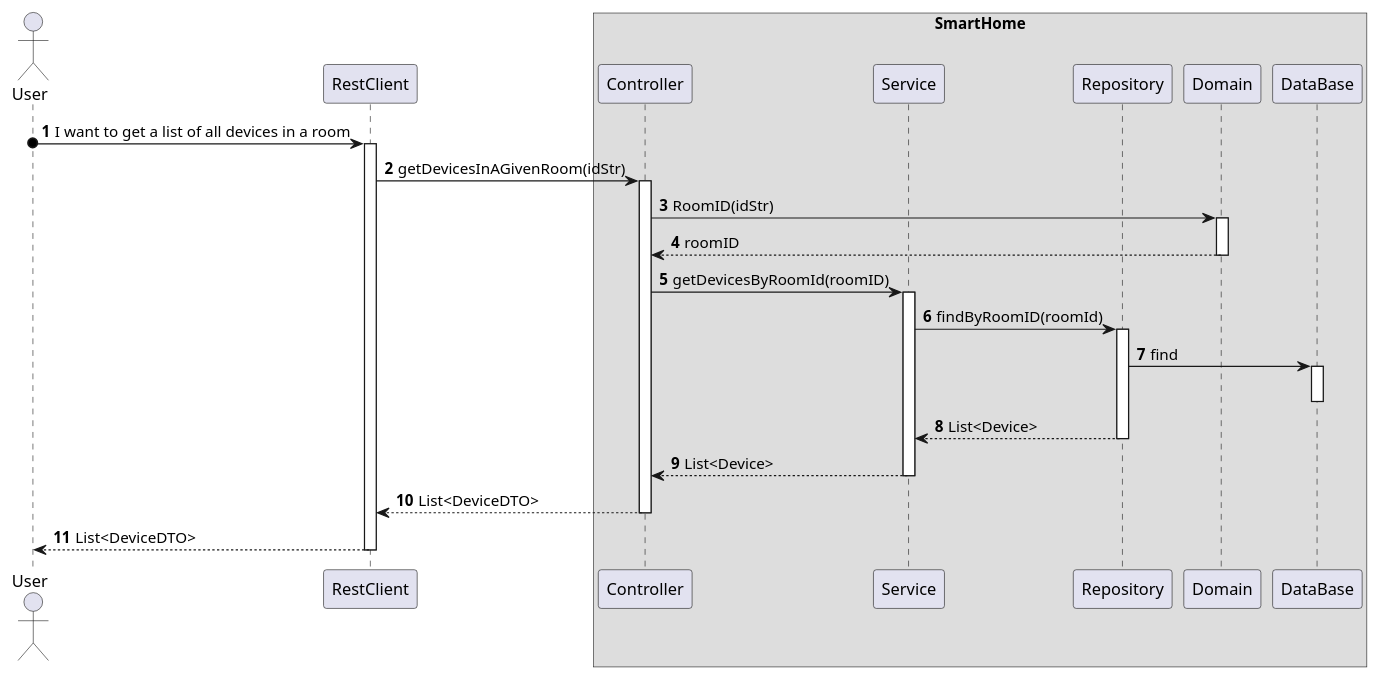
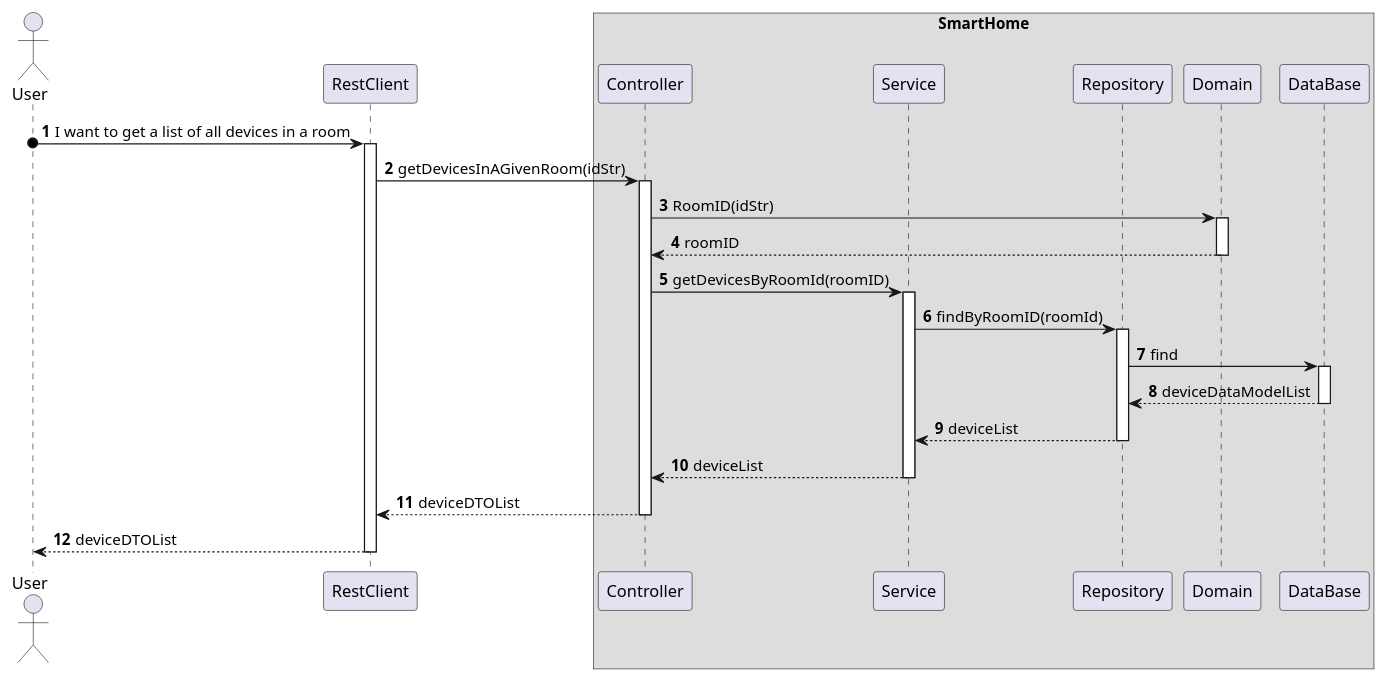
One commit to olivDiogo/SmartHome changed the diagram in docs/ooa/C4_4plus1_models_v2/Level3/ProcessView/ProcessViewLevel3_UC06.puml. Above: the diagram before and after it, drawn with PlantUML. The commit also changed 7 other files, not shown here.

Commit message:
fix: fixed ProcessViewLevel3 diagrams #468

```diff
--- a/docs/ooa/C4_4plus1_models_v2/Level3/ProcessView/ProcessViewLevel3_UC06.puml
+++ b/docs/ooa/C4_4plus1_models_v2/Level3/ProcessView/ProcessViewLevel3_UC06.puml
@@ -1,52 +1,55 @@
 @startuml
 'https://plantuml.com/sequence-diagram
 !pragma layout smetana
 
 autonumber
 
 actor "User" as User
 participant "RestClient" as RC
 
 box "SmartHome"
     participant "Controller" as CTRL
     participant "Service" as SV
     participant "Repository" as REPO
     participant "Domain" as DOM
     participant "DataBase" as BD
 end box
 
 User o-> RC : I want to get a list of all devices in a room
 
 activate RC
 
 RC -> CTRL : getDevicesInAGivenRoom(idStr)
 activate CTRL
 
 CTRL -> DOM : RoomID(idStr)
 activate DOM
 DOM --> CTRL : roomID
 deactivate DOM
 
 CTRL -> SV : getDevicesByRoomId(roomID)
 activate SV
 
 SV -> REPO : findByRoomID(roomId)
 activate REPO
+
 REPO -> BD : find
 activate BD
+
+BD --> REPO : deviceDataModelList
 deactivate BD
-REPO --> SV : List<Device>
+
+REPO --> SV : deviceList
 deactivate REPO
 
-SV --> CTRL : List<Device>
+SV --> CTRL : deviceList
 deactivate SV
 
-
-CTRL --> RC : List<DeviceDTO>
+CTRL --> RC : deviceDTOList
 deactivate CTRL
 
-RC --> User : List<DeviceDTO>
+RC --> User : deviceDTOList
 deactivate RC
 
 
 @enduml
```
